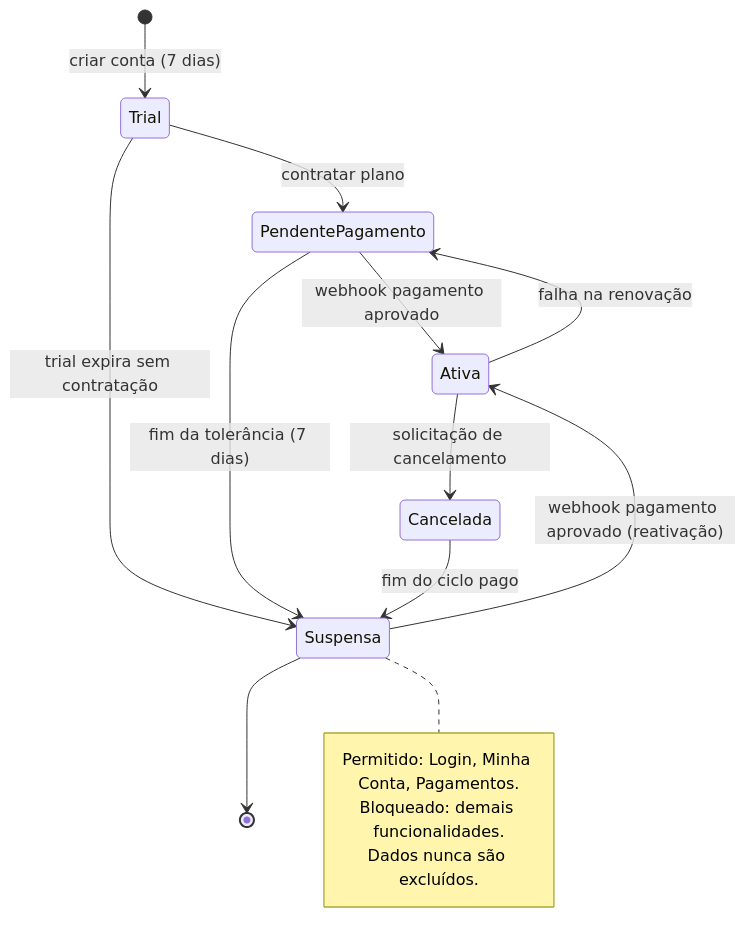
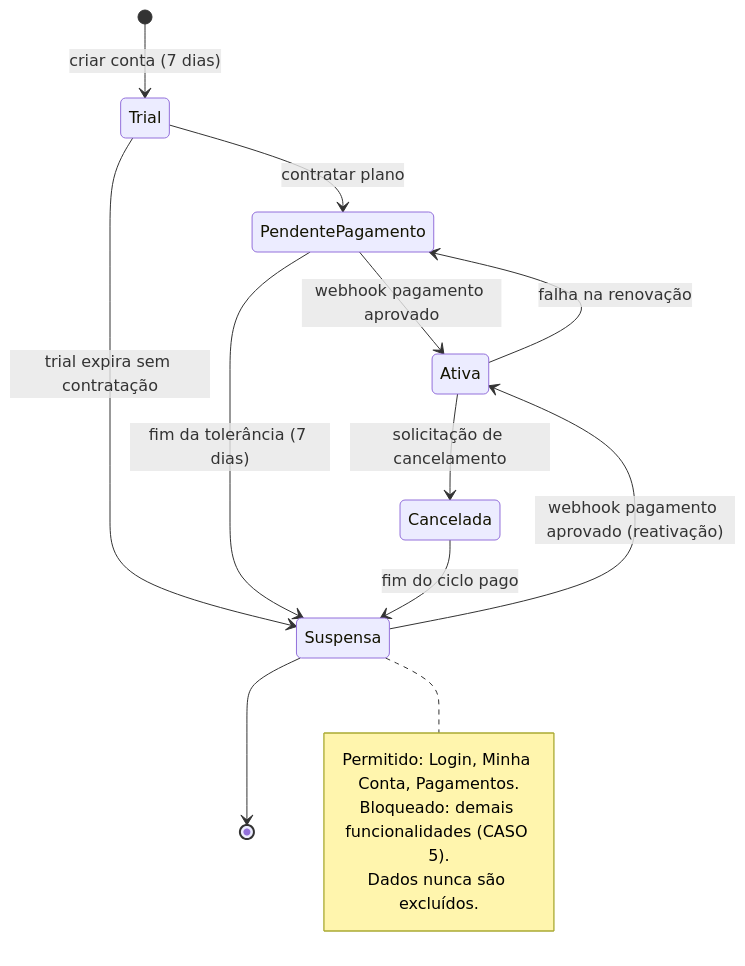
The third of 6 diagrams in Docs/Arquitetura/01-Arquitetura-da-Solucao.md (tthimoteo/app-aluguel), drawn with Mermaid before and after one commit. The commit also changed other lines of this file and 12 other files, not shown here.

````diff
--- a/Docs/Arquitetura/01-Arquitetura-da-Solucao.md
+++ b/Docs/Arquitetura/01-Arquitetura-da-Solucao.md
@@ -105,18 +112,18 @@
 ```mermaid
 stateDiagram-v2
     [*] --> Trial: criar conta (7 dias)
     Trial --> PendentePagamento: contratar plano
     Trial --> Suspensa: trial expira sem contratação
     PendentePagamento --> Ativa: webhook pagamento aprovado
     Ativa --> PendentePagamento: falha na renovação
     PendentePagamento --> Suspensa: fim da tolerância (7 dias)
     Suspensa --> Ativa: webhook pagamento aprovado (reativação)
     Ativa --> Cancelada: solicitação de cancelamento
     Cancelada --> Suspensa: fim do ciclo pago
     Suspensa --> [*]
     note right of Suspensa
       Permitido: Login, Minha Conta, Pagamentos.
-      Bloqueado: demais funcionalidades.
+      Bloqueado: demais funcionalidades (CASO 5).
       Dados nunca são excluídos.
     end note
 ```
````
